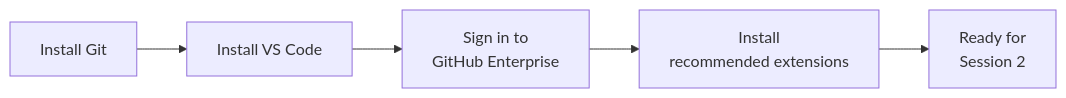
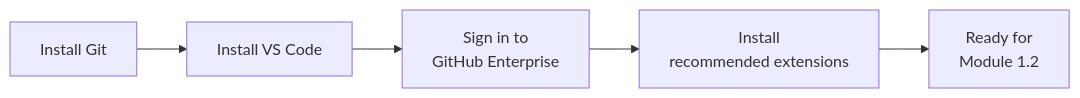
One commit to JeanKadang/DOC-GitHub-Practice-Skills changed the first of 2 diagrams in education/0_prerequisites/setup-local-dev-environment.md. Above: the diagram before and after it, drawn with Mermaid. The commit also changed other lines of this file and 19 other files, not shown here.

````diff
--- a/education/0_prerequisites/setup-local-dev-environment.md
+++ b/education/0_prerequisites/setup-local-dev-environment.md
@@ -20,7 +20,7 @@
 ```mermaid
 flowchart LR
     A[Install Git] --> B[Install VS Code]
     B --> C[Sign in to<br/>GitHub Enterprise]
     C --> D[Install<br/>recommended extensions]
-    D --> E[Ready for<br/>Session 2]
+    D --> E[Ready for<br/>Module 1.2]
 ```
````
